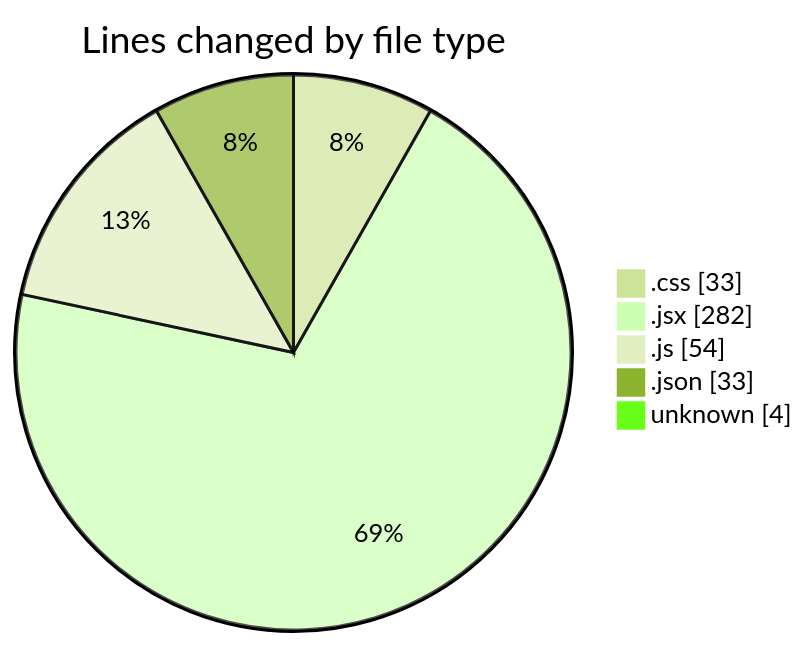
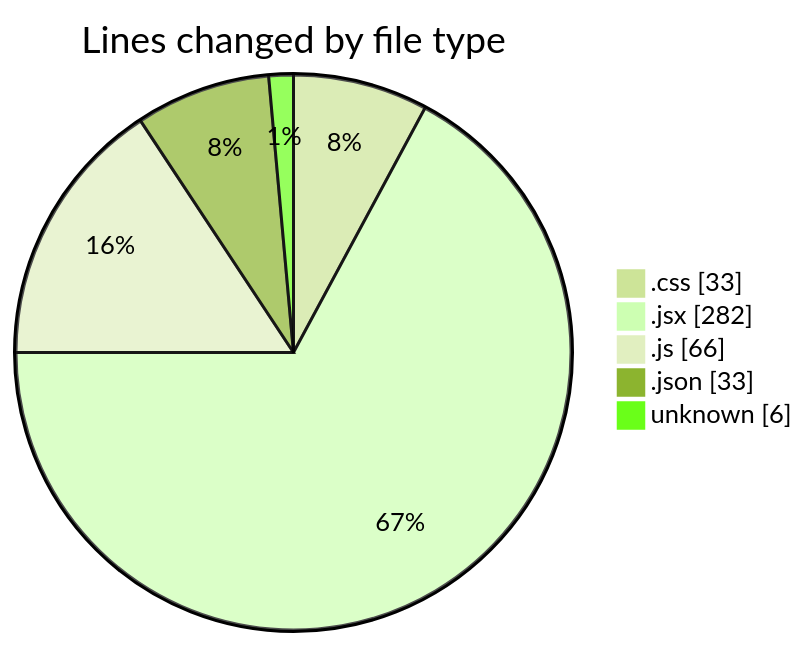
One commit to Elitesun/code-tracking changed the first of 2 diagrams in 2025-02-14/elitegpt/README.md. Above: the diagram before and after it, drawn with Mermaid (forest theme). The commit also changed other lines of this file and 1 other file, not shown here.

````diff
--- a/2025-02-14/elitegpt/README.md
+++ b/2025-02-14/elitegpt/README.md
@@ -31,9 +32,9 @@
 ```mermaid
 pie showData
 title Lines changed by file type
 ".css" : 33
 ".jsx" : 282
-".js" : 54
+".js" : 66
 ".json" : 33
-"unknown" : 4
+"unknown" : 6
 ```
````
